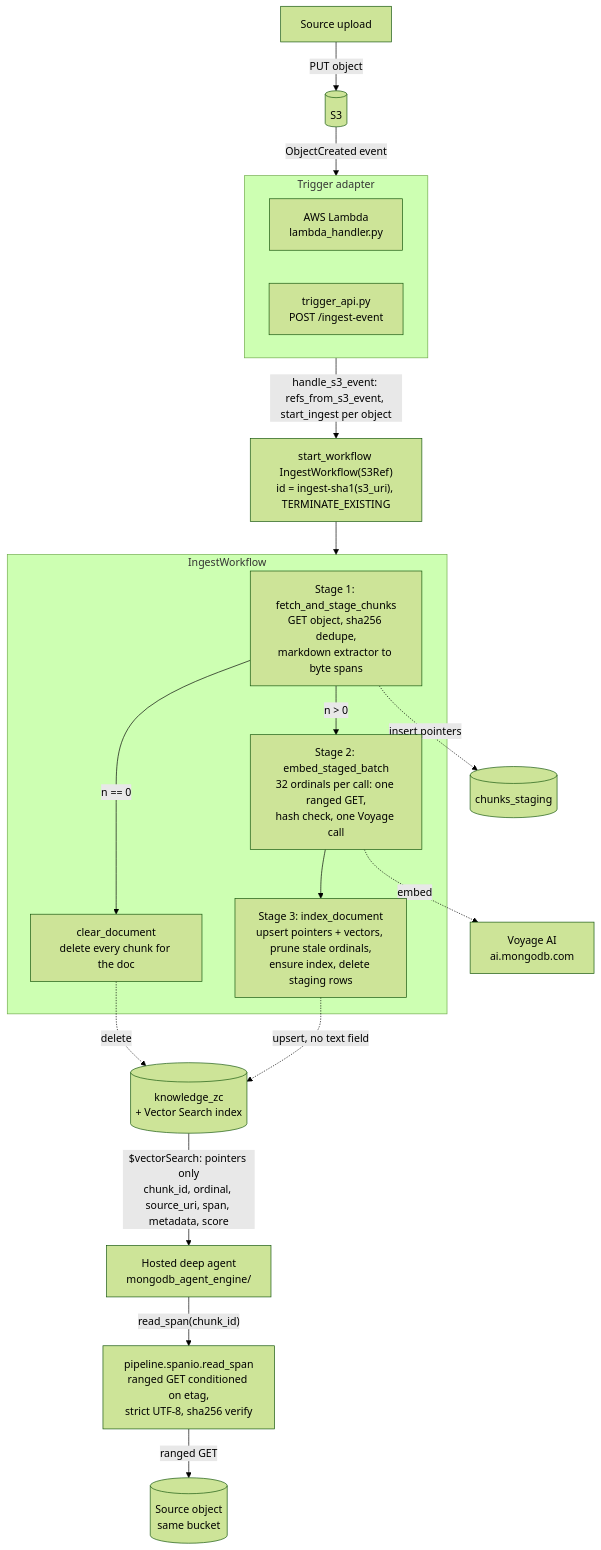
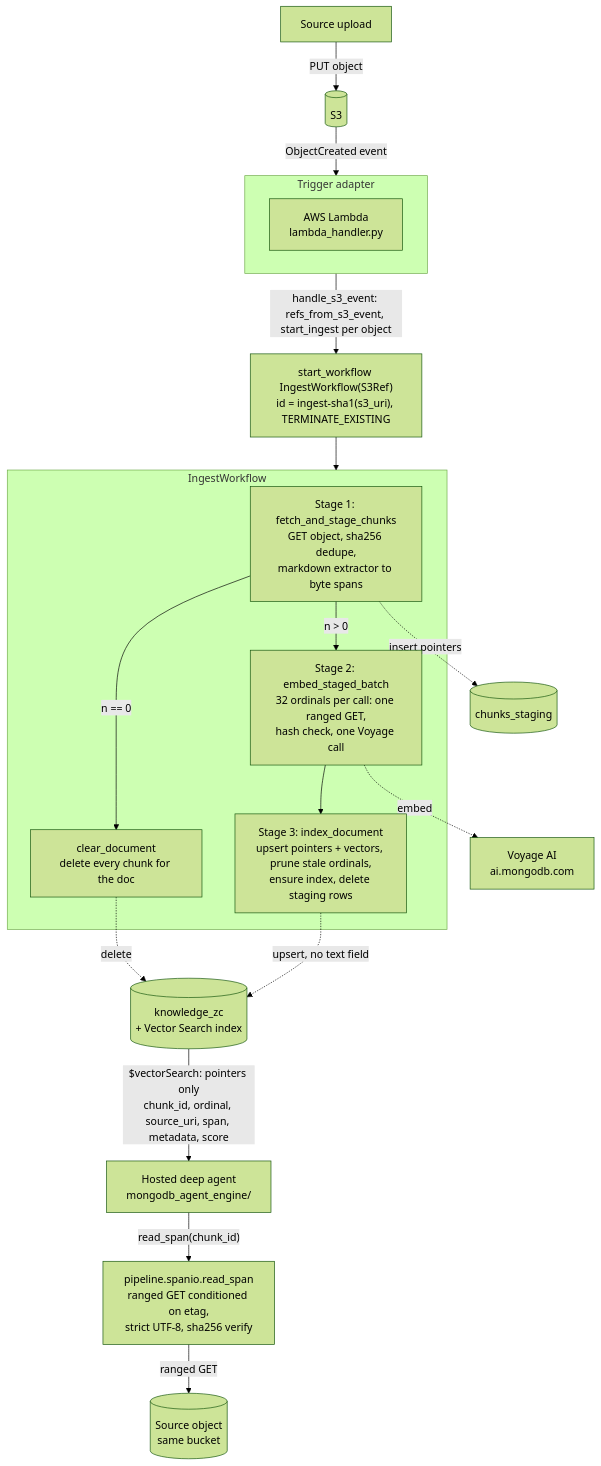
The first of 3 diagrams in docs/LLD.md (mohammaddaoudfarooqi/zero-copy-rag), drawn with Mermaid (forest theme) before and after one commit. The commit also changed other lines of this file and 9 other files, not shown here.

First line of the commit message:
refactor: remove the unused HTTP trigger API

````diff
--- a/docs/LLD.md
+++ b/docs/LLD.md
@@ -180,29 +179,28 @@
 ```mermaid
 flowchart TD
     SRC[Source upload] -->|PUT object| S3[(S3)]
     S3 -->|ObjectCreated event| TRG
 
     subgraph TRG[Trigger adapter]
         LAMBDA[AWS Lambda<br/>lambda_handler.py]
-        HOOK[trigger_api.py<br/>POST /ingest-event]
     end
 
     TRG -->|handle_s3_event: refs_from_s3_event, start_ingest per object| START
     START["start_workflow IngestWorkflow(S3Ref)<br/>id = ingest-sha1(s3_uri), TERMINATE_EXISTING"] --> WF
 
     subgraph WF[IngestWorkflow]
         A1["Stage 1: fetch_and_stage_chunks<br/>GET object, sha256 dedupe,<br/>markdown extractor to byte spans"]
         A1 -->|n > 0| A2["Stage 2: embed_staged_batch<br/>32 ordinals per call: one ranged GET,<br/>hash check, one Voyage call"]
         A2 --> A3["Stage 3: index_document<br/>upsert pointers + vectors, prune stale ordinals,<br/>ensure index, delete staging rows"]
         A1 -->|n == 0| CLR["clear_document<br/>delete every chunk for the doc"]
     end
 
     A1 -.->|insert pointers| STG[(chunks_staging)]
     A2 -.->|embed| VOY[Voyage AI<br/>ai.mongodb.com]
     A3 -.->|upsert, no text field| KZC[(knowledge_zc<br/>+ Vector Search index)]
     CLR -.->|delete| KZC
 
     KZC -->|"$vectorSearch: pointers only<br/>chunk_id, ordinal, source_uri, span, metadata, score"| AGENT[Hosted deep agent<br/>mongodb_agent_engine/]
     AGENT -->|"read_span(chunk_id)"| RS["pipeline.spanio.read_span<br/>ranged GET conditioned on etag,<br/>strict UTF-8, sha256 verify"]
     RS -->|ranged GET| OBJ[(Source object<br/>same bucket)]
 ```
````
